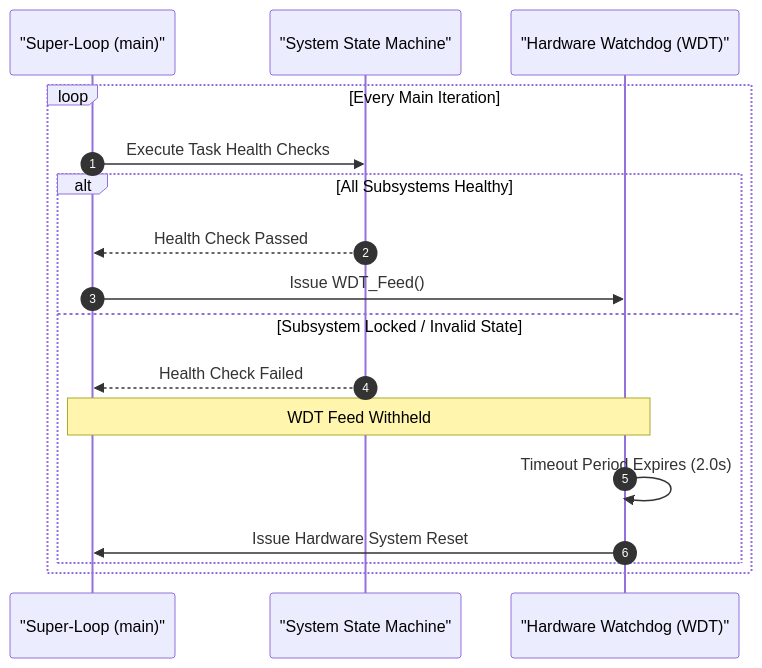
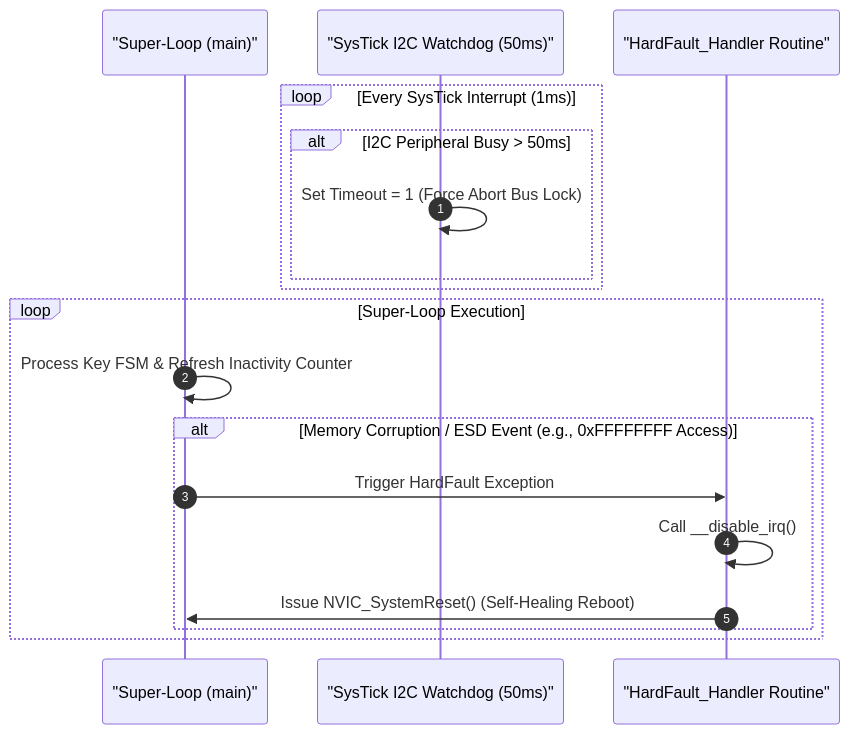
One commit to zok213/porygon changed diagram 12 of 12 in README.md. Above: the diagram before and after it, drawn with Mermaid. The commit also changed other lines of this file and 14 other files, not shown here.

````diff
--- a/README.md
+++ b/README.md
@@ -285,20 +556,22 @@
 ```mermaid
 sequenceDiagram
     autonumber
     participant MainLoop as "Super-Loop (main)"
-    participant FSM as "System State Machine"
-    participant WDT as "Hardware Watchdog (WDT)"
+    participant I2C_WD as "SysTick I2C Watchdog (50ms)"
+    participant HardFault as "HardFault_Handler Routine"
 
-    loop Every Main Iteration
-        MainLoop->>FSM: Execute Task Health Checks
-        alt All Subsystems Healthy
-            FSM-->>MainLoop: Health Check Passed
-            MainLoop->>WDT: Issue WDT_Feed()
-        else Subsystem Locked / Invalid State
-            FSM-->>MainLoop: Health Check Failed
-            Note over MainLoop,WDT: WDT Feed Withheld
-            WDT->>WDT: Timeout Period Expires (2.0s)
-            WDT->>MainLoop: Issue Hardware System Reset
+    loop Every SysTick Interrupt (1ms)
+        alt I2C Peripheral Busy > 50ms
+            I2C_WD->>I2C_WD: Set Timeout = 1 (Force Abort Bus Lock)
+        end
+    end
+
+    loop Super-Loop Execution
+        MainLoop->>MainLoop: Process Key FSM & Refresh Inactivity Counter
+        alt Memory Corruption / ESD Event (e.g., 0xFFFFFFFF Access)
+            MainLoop->>HardFault: Trigger HardFault Exception
+            HardFault->>HardFault: Call __disable_irq()
+            HardFault->>MainLoop: Issue NVIC_SystemReset() (Self-Healing Reboot)
         end
     end
 ```
````
